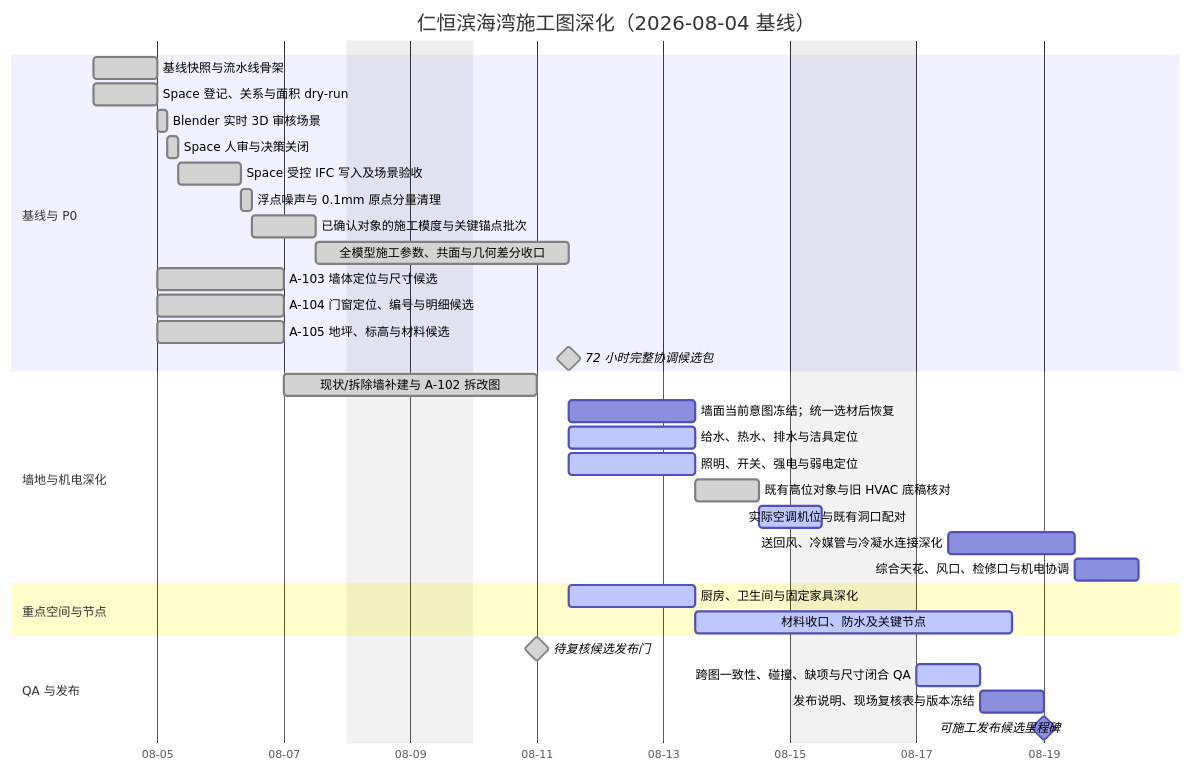
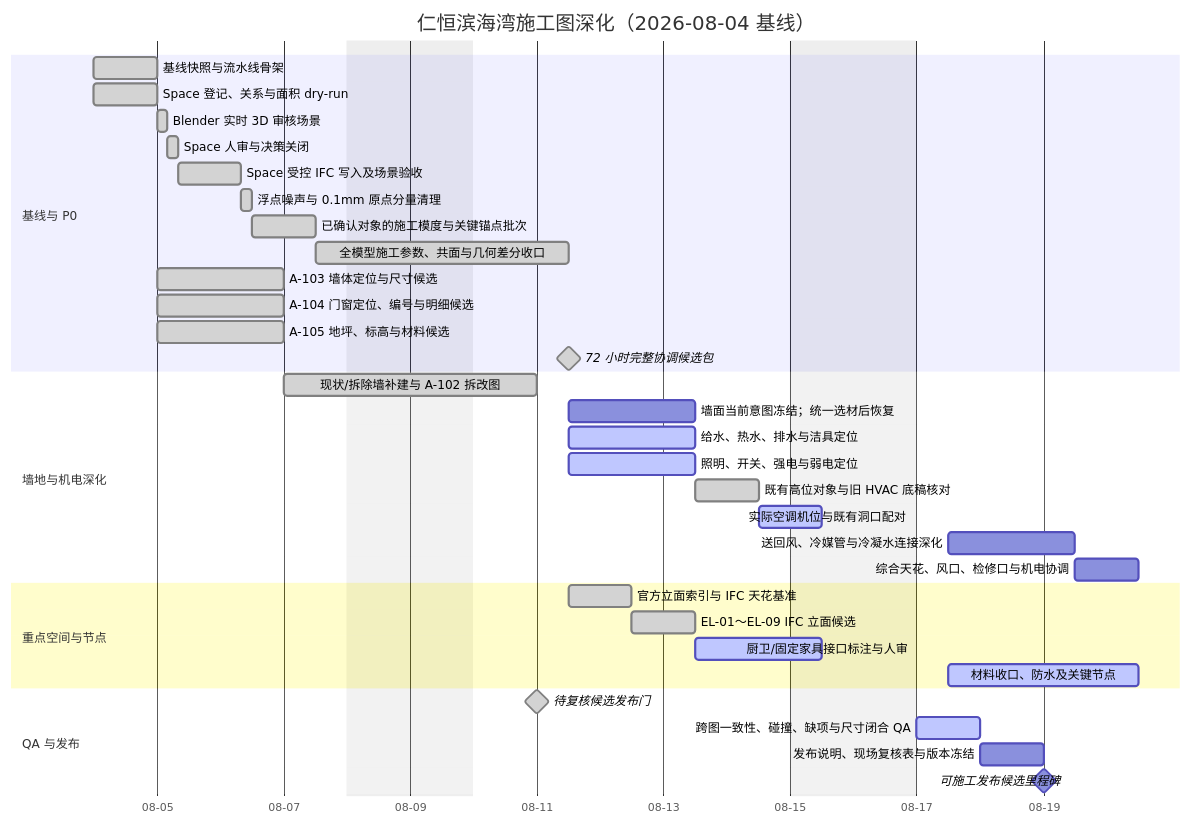
Before and after one commit to Weihan96/2504-GBTB-Yanlord-Zhuhai: the diagram in drawings/滨海湾装修施工图深化工作管理.md, drawn with Mermaid. The commit also changed other lines of this file and 28 other files, not shown here.

First line of the commit message:
生成九张 IFC 立面审核图并修复 Bonsai 渲染闪退

````diff
--- a/drawings/滨海湾装修施工图深化工作管理.md
+++ b/drawings/滨海湾装修施工图深化工作管理.md
@@ -78,41 +78,43 @@
 ```mermaid
 gantt
     title 仁恒滨海湾施工图深化（2026-08-04 基线）
     dateFormat  YYYY-MM-DD
     axisFormat  %m-%d
     excludes    weekends
 
     section 基线与 P0
     基线快照与流水线骨架                 :done, M000, 2026-08-04, 1d
     Space 登记、关系与面积 dry-run       :done, S001, 2026-08-04, 1d
     Blender 实时 3D 审核场景              :done, S002A, after S001, 4h
     Space 人审与决策关闭                 :done, S002, after S002A, 4h
     Space 受控 IFC 写入及场景验收         :done, S003, after S002, 1d
     浮点噪声与 0.1mm 原点分量清理          :done, C001, after S003, 4h
     已确认对象的施工模度与关键锚点批次       :done, C002, after C001, 1d
     全模型施工参数、共面与几何差分收口       :done, C003, after C002, 2d
     A-103 墙体定位与尺寸候选              :done, A103, after S001, 2d
     A-104 门窗定位、编号与明细候选         :done, A104, after S001, 2d
     A-105 地坪、标高与材料候选             :done, A105, after S001, 2d
     72 小时完整协调候选包                 :milestone, done, M072, after C003 A103 A104 A105, 0d
 
     section 墙地与机电深化
     现状/拆除墙补建与 A-102 拆改图         :done, A102, after A103, 2d
     墙面当前意图冻结；统一选材后恢复         :WFIN, after M072, 2d
     给水、热水、排水与洁具定位             :active, PLUM, after M072, 2d
     照明、开关、强电与弱电定位             :active, ELEC, after M072, 2d
     既有高位对象与旧 HVAC 底稿核对          :done, RCP1A, after ELEC, 1d
     实际空调机位与既有洞口配对              :active, RCP1B, after RCP1A, 1d
     送回风、冷媒管与冷凝水连接深化           :RCP1C, after RCP1B, 2d
     综合天花、风口、检修口与机电协调        :RCP1, after RCP1C, 1d
 
     section 重点空间与节点
-    厨房、卫生间与固定家具深化             :active, INT1, after M072, 2d
-    材料收口、防水及关键节点               :active, DET1, after INT1, 3d
+    官方立面索引与 IFC 天花基准             :done, INT1A, after M072, 1d
+    EL-01～EL-09 IFC 立面候选              :done, INT1B, after INT1A, 1d
+    厨卫/固定家具接口标注与人审             :active, INT1C, after INT1B, 2d
+    材料收口、防水及关键节点               :active, DET1, after INT1C, 3d
 
     section QA 与发布
     待复核候选发布门                       :milestone, done, MREV, 2026-08-11, 0d
     跨图一致性、碰撞、缺项与尺寸闭合 QA     :active, QA01, 2026-08-17, 1d
     发布说明、现场复核表与版本冻结           :REL1, 2026-08-18, 1d
     可施工发布候选里程碑                   :milestone, MREL, 2026-08-19, 0d
 ```
````
